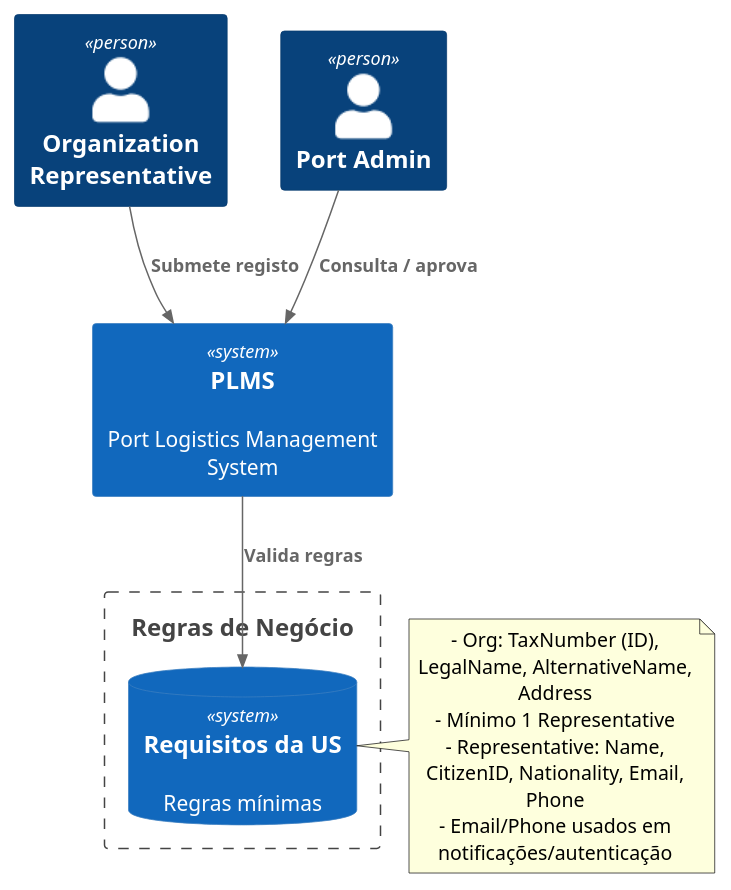
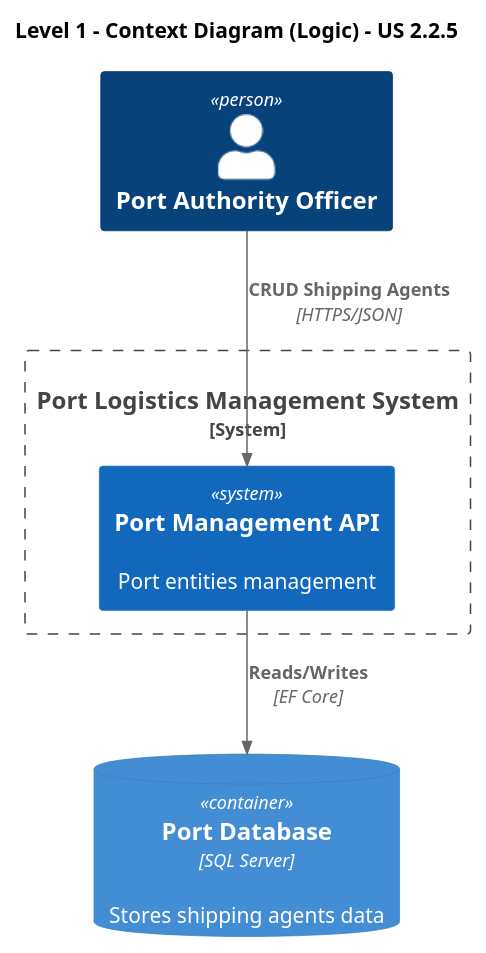
Before and after one commit to Departamento-de-Engenharia-Informatica/LEI-SEM5-PI-2025-26-3DM-03: the diagram in Docs/Sprint A/US 2.2.5/Modelo c4/C1_logica.puml, drawn with PlantUML. The commit also changed 16 other files, not shown here.

```diff
--- a/Docs/Sprint A/US 2.2.5/Modelo c4/C1_logica.puml
+++ b/Docs/Sprint A/US 2.2.5/Modelo c4/C1_logica.puml
@@ -1,25 +1,17 @@
-@startuml C1 - Lógica (US Registo de Organizações)
+@startuml C1_Context_Logic
 !include <C4/C4_Container>
 
-Person(rep, "Organization Representative")
-Person(admin, "Port Admin")
+title Level 1 - Context Diagram (Logic) - US 2.2.5
 
-System(plms, "PLMS", "Port Logistics Management System")
+Person(portOfficer, "Port Authority Officer")
 
-Boundary(rules, "Regras de Negócio") {
-  SystemDb(reqs, "Requisitos da US", "Regras mínimas")
+System_Boundary(portSystem, "Port Logistics Management System") {
+    System(portApi, "Port Management API", "Port entities management")
 }
 
-Rel(rep, plms, "Submete registo")
-Rel(admin, plms, "Consulta / aprova")
-Rel(plms, reqs, "Valida regras")
+ContainerDb(database, "Port Database", "SQL Server", "Stores shipping agents data")
 
-' Regras explícitas
-' (Mostradas como notas de alto nível)
-note right of reqs
-- Org: TaxNumber (ID), LegalName, AlternativeName, Address
-- Mínimo 1 Representative
-- Representative: Name, CitizenID, Nationality, Email, Phone
-- Email/Phone usados em notificações/autenticação
-end note
+Rel(portOfficer, portApi, "CRUD Shipping Agents", "HTTPS/JSON")
+Rel(portApi, database, "Reads/Writes", "EF Core")
+
 @enduml
```
